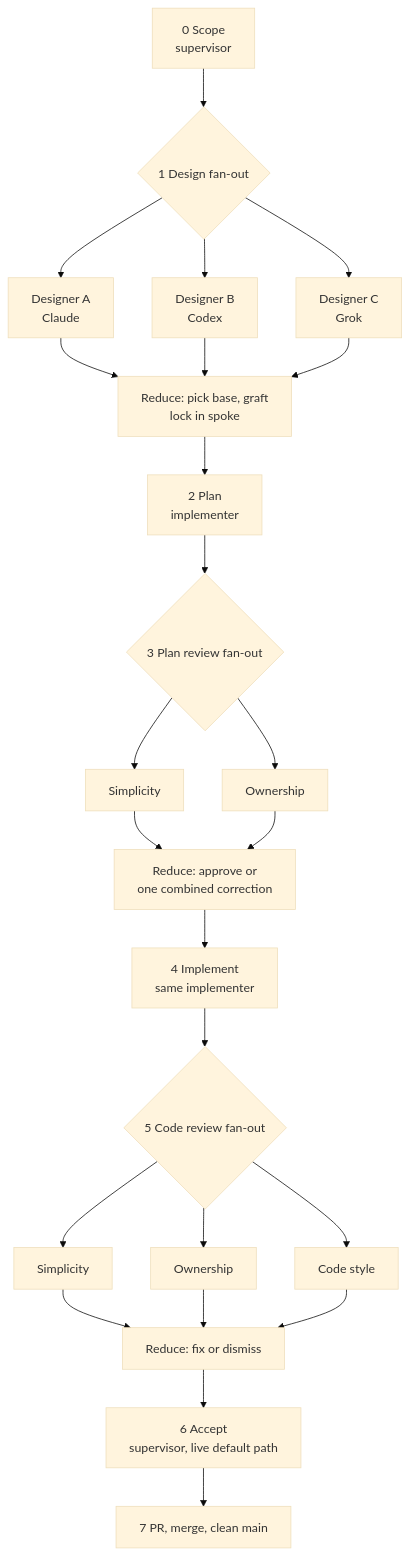
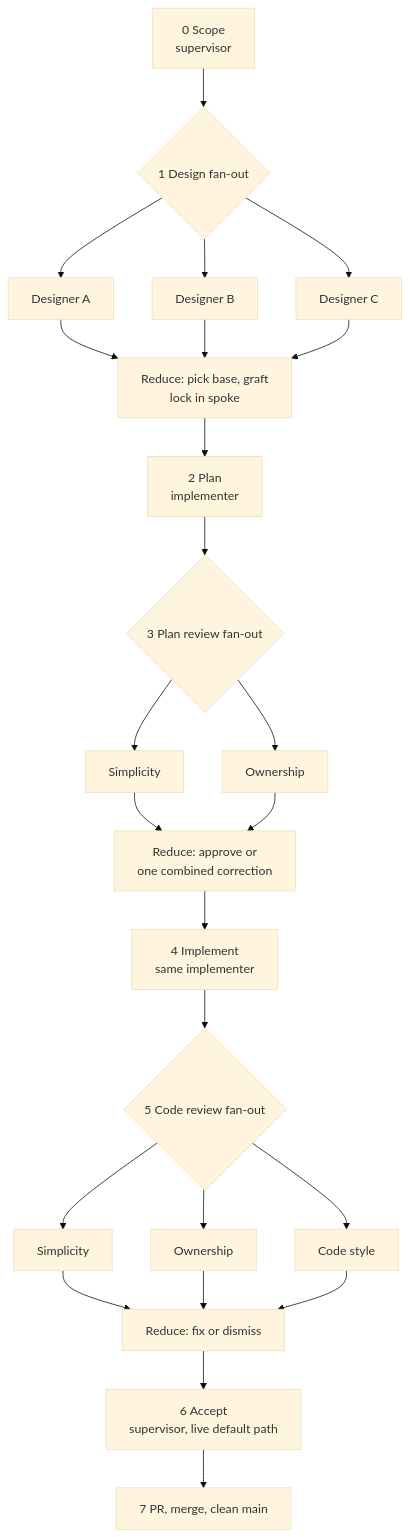
The diagram in docs/design/supervisor-workflow.md (katasec/mission-control-language), drawn with Mermaid (base theme) before and after one commit. The commit also changed other lines of this file, not shown here.

````diff
--- a/docs/design/supervisor-workflow.md
+++ b/docs/design/supervisor-workflow.md
@@ -10,21 +10,21 @@
 ```mermaid
 flowchart TD
     S0[0 Scope<br/>supervisor] --> D{1 Design fan-out}
-    D --> DA[Designer A<br/>Claude]
-    D --> DB[Designer B<br/>Codex]
-    D --> DC[Designer C<br/>Grok]
+    D --> DA[Designer A]
+    D --> DB[Designer B]
+    D --> DC[Designer C]
     DA & DB & DC --> R1[Reduce: pick base, graft<br/>lock in spoke]
     R1 --> P[2 Plan<br/>implementer]
     P --> PR{3 Plan review fan-out}
     PR --> PS[Simplicity]
     PR --> PO[Ownership]
     PS & PO --> R2[Reduce: approve or<br/>one combined correction]
     R2 --> I[4 Implement<br/>same implementer]
     I --> CR{5 Code review fan-out}
     CR --> CS[Simplicity]
     CR --> CO[Ownership]
     CR --> CY[Code style]
     CS & CO & CY --> R3[Reduce: fix or dismiss]
     R3 --> A[6 Accept<br/>supervisor, live default path]
     A --> M[7 PR, merge, clean main]
 ```
````
